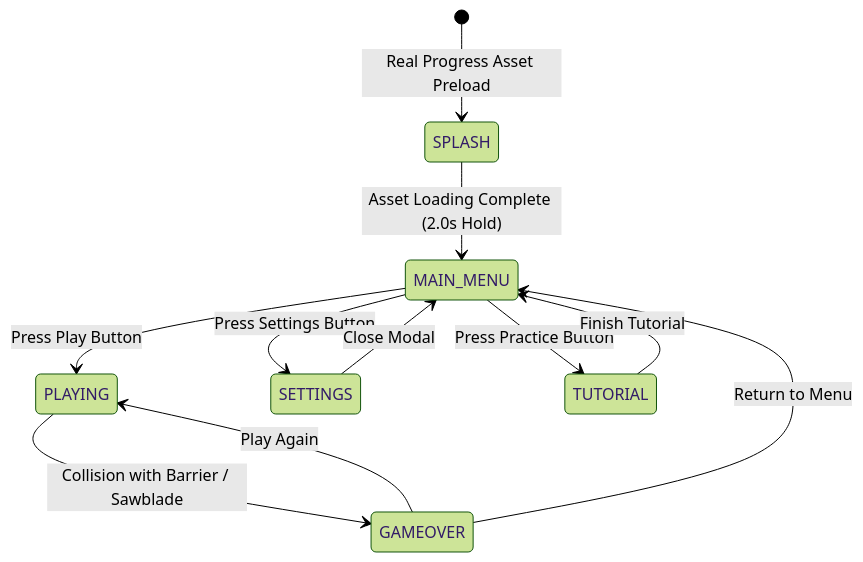
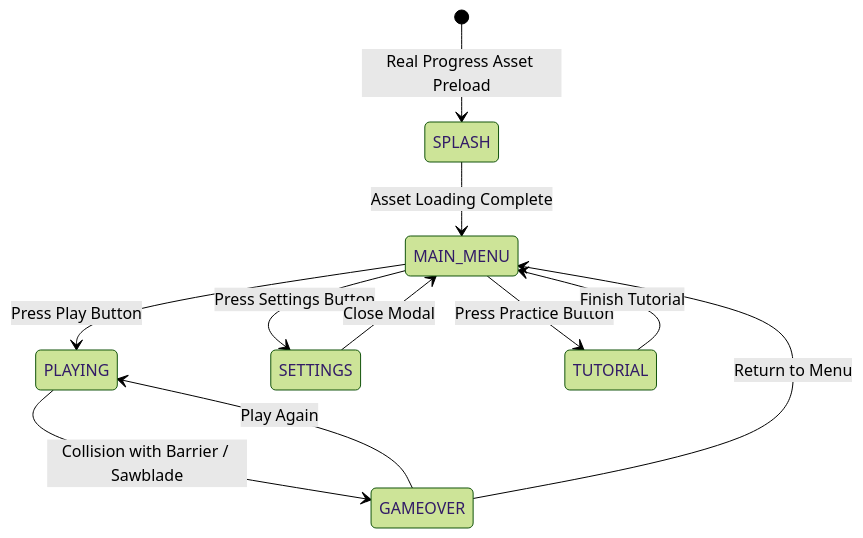
Before and after one commit to Eng-Ahmet/tether-trouble: the second of 2 diagrams in README.md, drawn with Mermaid (forest theme). The commit also changed other lines of this file and 1 other file, not shown here.

````diff
--- a/README.md
+++ b/README.md
@@ -57,13 +63,13 @@
 ```mermaid
 stateDiagram-v2
     [*] --> SPLASH: Real Progress Asset Preload
-    SPLASH --> MAIN_MENU: Asset Loading Complete (2.0s Hold)
+    SPLASH --> MAIN_MENU: Asset Loading Complete
     MAIN_MENU --> PLAYING: Press Play Button
     MAIN_MENU --> SETTINGS: Press Settings Button
     MAIN_MENU --> TUTORIAL: Press Practice Button
     PLAYING --> GAMEOVER: Collision with Barrier / Sawblade
     GAMEOVER --> PLAYING: Play Again
     GAMEOVER --> MAIN_MENU: Return to Menu
     SETTINGS --> MAIN_MENU: Close Modal
     TUTORIAL --> MAIN_MENU: Finish Tutorial
 ```
````
